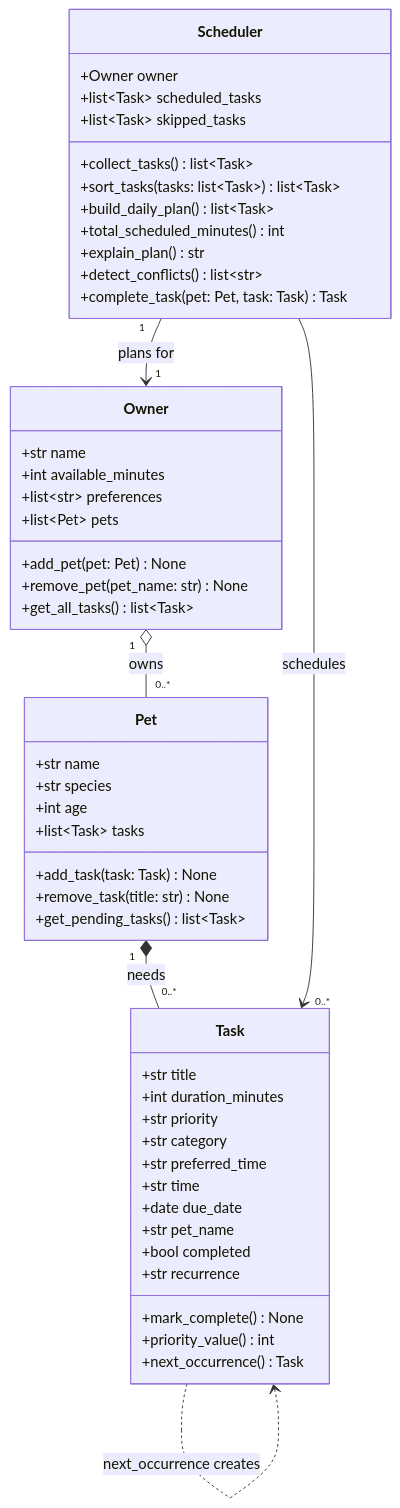
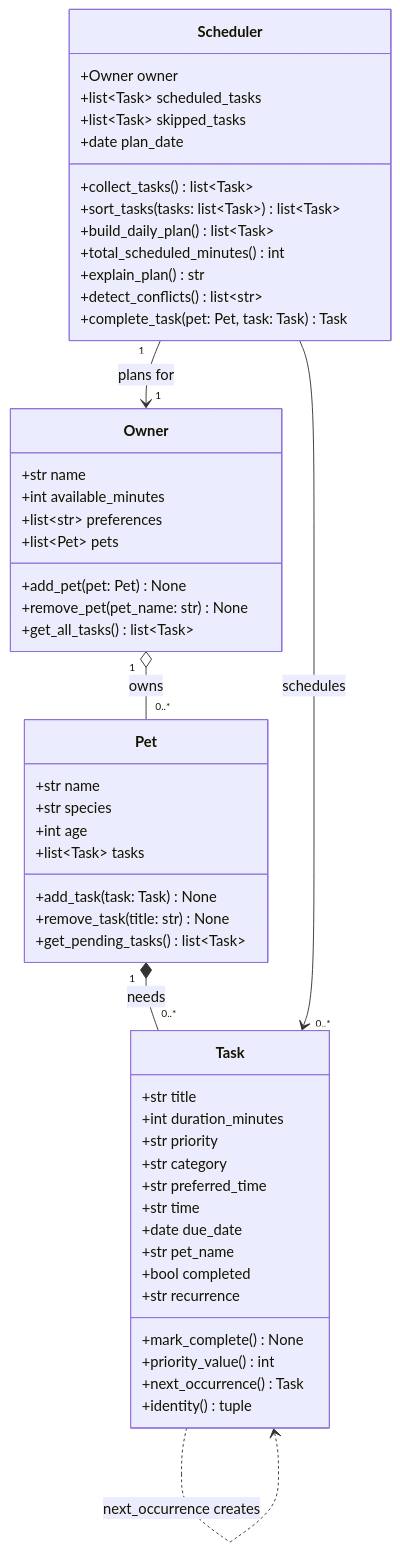
One commit to sahithiA1/ai110-module2show-pawpal-starter changed the diagram in diagrams/uml.mmd. Above: the diagram before and after it, drawn with Mermaid. The commit also changed 5 other files, not shown here.

```diff
--- a/diagrams/uml.mmd
+++ b/diagrams/uml.mmd
@@ -1,57 +1,59 @@
 classDiagram
     %% PawPal+ initial design. Keep this file updated so it matches your final implementation.
 
     class Owner {
         +str name
         +int available_minutes
         +list~str~ preferences
         +list~Pet~ pets
         +add_pet(pet: Pet) None
         +remove_pet(pet_name: str) None
         +get_all_tasks() list~Task~
     }
 
     class Pet {
         +str name
         +str species
         +int age
         +list~Task~ tasks
         +add_task(task: Task) None
         +remove_task(title: str) None
         +get_pending_tasks() list~Task~
     }
 
     class Task {
         +str title
         +int duration_minutes
         +str priority
         +str category
         +str preferred_time
         +str time
         +date due_date
         +str pet_name
         +bool completed
         +str recurrence
         +mark_complete() None
         +priority_value() int
         +next_occurrence() Task
+        +identity() tuple
     }
 
     class Scheduler {
         +Owner owner
         +list~Task~ scheduled_tasks
         +list~Task~ skipped_tasks
+        +date plan_date
         +collect_tasks() list~Task~
         +sort_tasks(tasks: list~Task~) list~Task~
         +build_daily_plan() list~Task~
         +total_scheduled_minutes() int
         +explain_plan() str
         +detect_conflicts() list~str~
         +complete_task(pet: Pet, task: Task) Task
     }
 
     Owner "1" o-- "0..*" Pet : owns
     Pet "1" *-- "0..*" Task : needs
     Scheduler "1" --> "1" Owner : plans for
     Scheduler --> "0..*" Task : schedules
     Task ..> Task : next_occurrence creates
```
